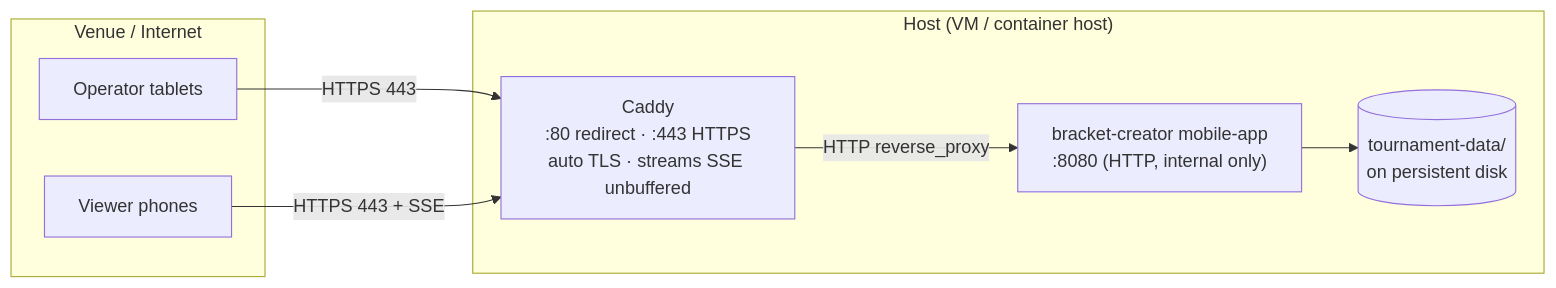
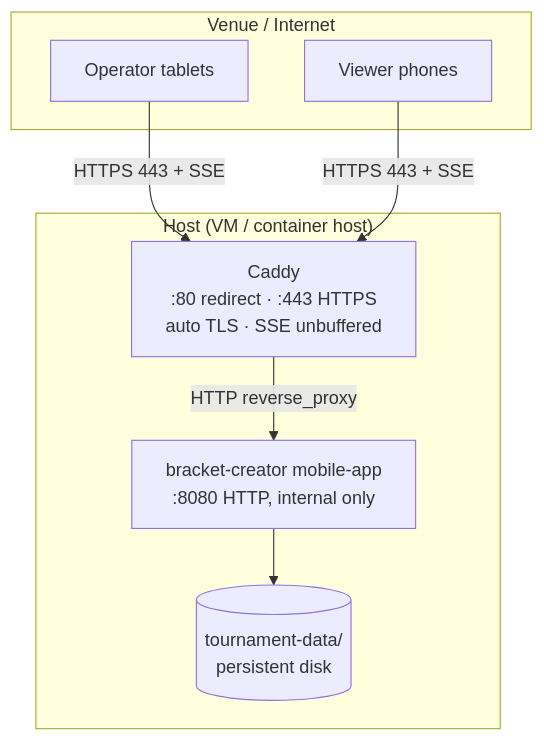
The first of 9 diagrams in docs/architecture/network-architecture.md (gitrgoliveira/bracket-creator), drawn with Mermaid before and after one commit. The commit also changed other lines of this file and 49 other files, not shown here.

First line of the commit message:
fix(bc-arch): one transaction for participant edits; WAL stale-log guard; architecture docs

````diff
--- a/docs/architecture/network-architecture.md
+++ b/docs/architecture/network-architecture.md
@@ -14,18 +14,18 @@
 ```mermaid
-flowchart LR
+flowchart TB
     subgraph net["Venue / Internet"]
         op["Operator tablets"]
         vw["Viewer phones"]
     end
 
     subgraph host["Host (VM / container host)"]
-        caddy["Caddy<br/>:80 redirect · :443 HTTPS<br/>auto TLS · streams SSE unbuffered"]
-        app["bracket-creator mobile-app<br/>:8080 (HTTP, internal only)"]
-        disk[("tournament-data/<br/>on persistent disk")]
+        caddy["Caddy<br/>:80 redirect · :443 HTTPS<br/>auto TLS · SSE unbuffered"]
+        app["bracket-creator mobile-app<br/>:8080 HTTP, internal only"]
+        disk[("tournament-data/<br/>persistent disk")]
     end
 
-    op -->|HTTPS 443| caddy
+    op -->|HTTPS 443 + SSE| caddy
     vw -->|HTTPS 443 + SSE| caddy
     caddy -->|HTTP reverse_proxy| app
     app --> disk
 ```
````
